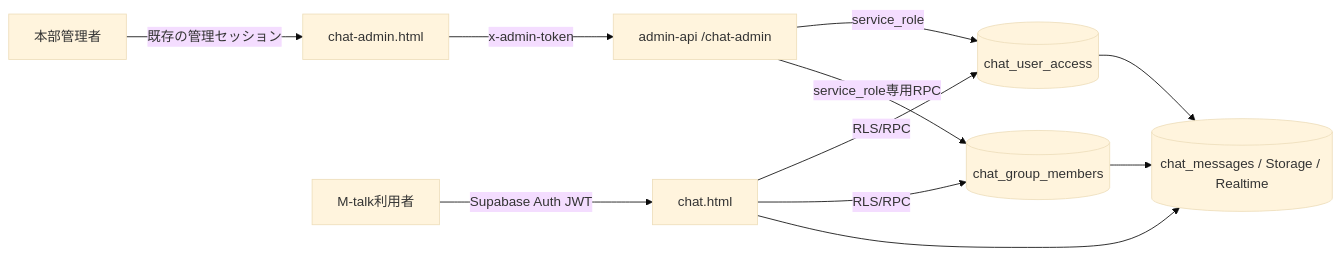
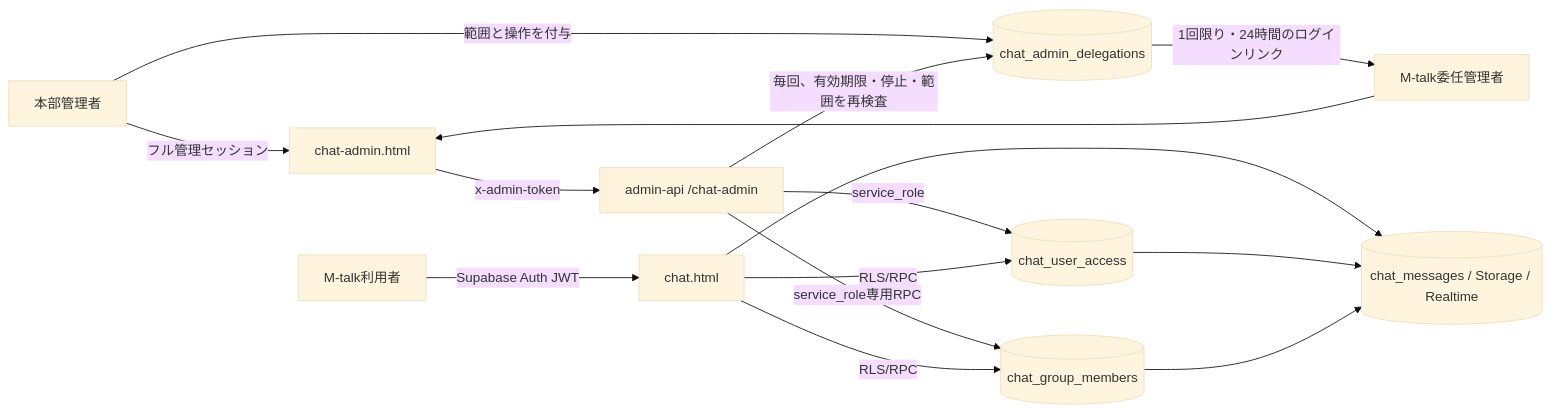
One commit to MARUGO-s/line_report changed the diagram in docs/CHAT-ADMIN-PERMISSIONS.md. Above: the diagram before and after it, drawn with Mermaid (base theme). The commit also changed other lines of this file and 29 other files, not shown here.

````diff
--- a/docs/CHAT-ADMIN-PERMISSIONS.md
+++ b/docs/CHAT-ADMIN-PERMISSIONS.md
@@ -12,13 +12,17 @@
 ```mermaid
 flowchart LR
-  A[本部管理者] -->|既存の管理セッション| B[chat-admin.html]
+  A[本部管理者] -->|フル管理セッション| B[chat-admin.html]
+  A -->|範囲と操作を付与| I[(chat_admin_delegations)]
+  I -->|1回限り・24時間のログインリンク| J[M-talk委任管理者]
+  J --> B
   B -->|x-admin-token| C[admin-api /chat-admin]
+  C -->|毎回、有効期限・停止・範囲を再検査| I
   C -->|service_role| D[(chat_user_access)]
   C -->|service_role専用RPC| E[(chat_group_members)]
   F[M-talk利用者] -->|Supabase Auth JWT| G[chat.html]
   G -->|RLS/RPC| D
   G -->|RLS/RPC| E
   G --> H[(chat_messages / Storage / Realtime)]
   D --> H
   E --> H
 ```
````
